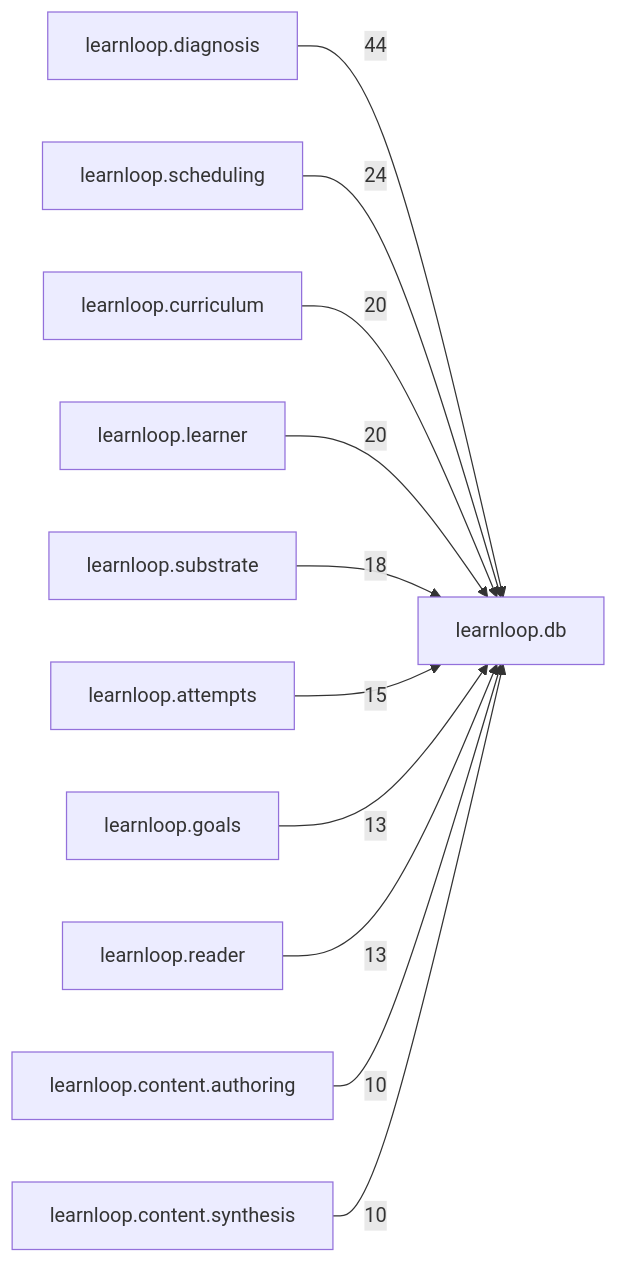
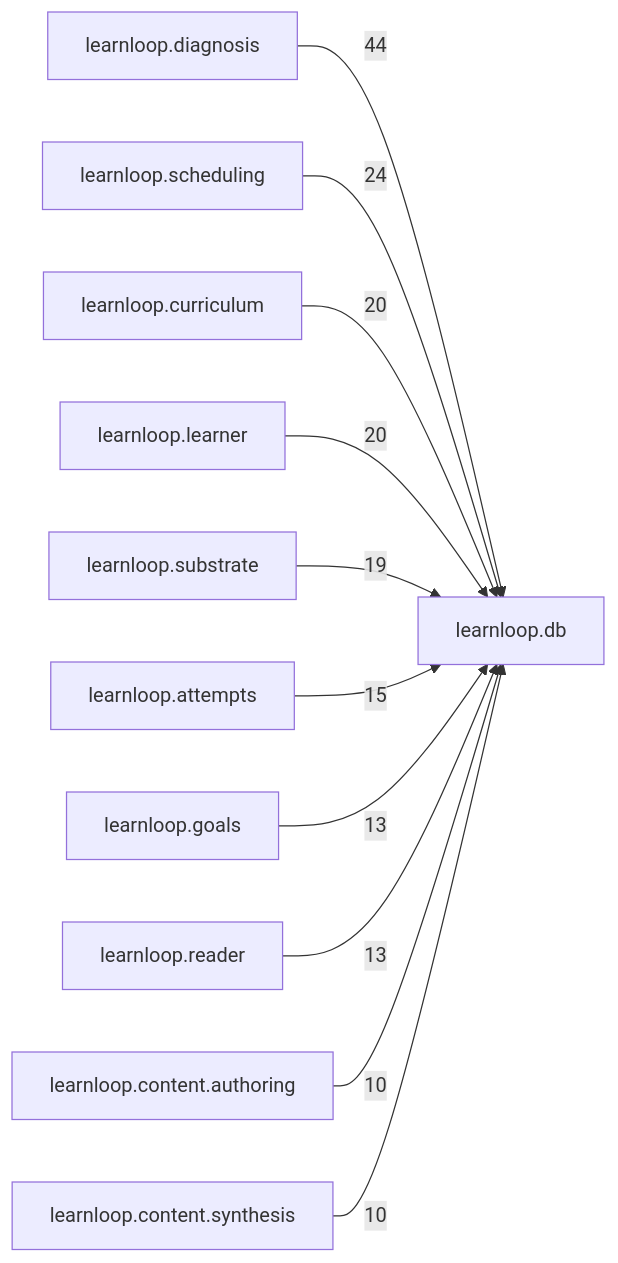
One commit to 6up-b/learnanything changed the diagram in docs/learnloop-architecture-vault/Reference/Modules/learnloop/db/_package.md. Above: the diagram before and after it, drawn with Mermaid. The commit also changed other lines of this file and 24 other files, not shown here.

````diff
--- a/docs/learnloop-architecture-vault/Reference/Modules/learnloop/db/_package.md
+++ b/docs/learnloop-architecture-vault/Reference/Modules/learnloop/db/_package.md
@@ -106,24 +106,24 @@
 ```mermaid
 flowchart LR
     center["learnloop.db"]
     n_learnloop_diagnosis["learnloop.diagnosis"]
     n_learnloop_scheduling["learnloop.scheduling"]
     n_learnloop_curriculum["learnloop.curriculum"]
     n_learnloop_learner["learnloop.learner"]
     n_learnloop_substrate["learnloop.substrate"]
     n_learnloop_attempts["learnloop.attempts"]
     n_learnloop_goals["learnloop.goals"]
     n_learnloop_reader["learnloop.reader"]
     n_learnloop_content_authoring["learnloop.content.authoring"]
     n_learnloop_content_synthesis["learnloop.content.synthesis"]
     n_learnloop_diagnosis -->|44| center
     n_learnloop_scheduling -->|24| center
     n_learnloop_curriculum -->|20| center
     n_learnloop_learner -->|20| center
-    n_learnloop_substrate -->|18| center
+    n_learnloop_substrate -->|19| center
     n_learnloop_attempts -->|15| center
     n_learnloop_goals -->|13| center
     n_learnloop_reader -->|13| center
     n_learnloop_content_authoring -->|10| center
     n_learnloop_content_synthesis -->|10| center
 ```
````
